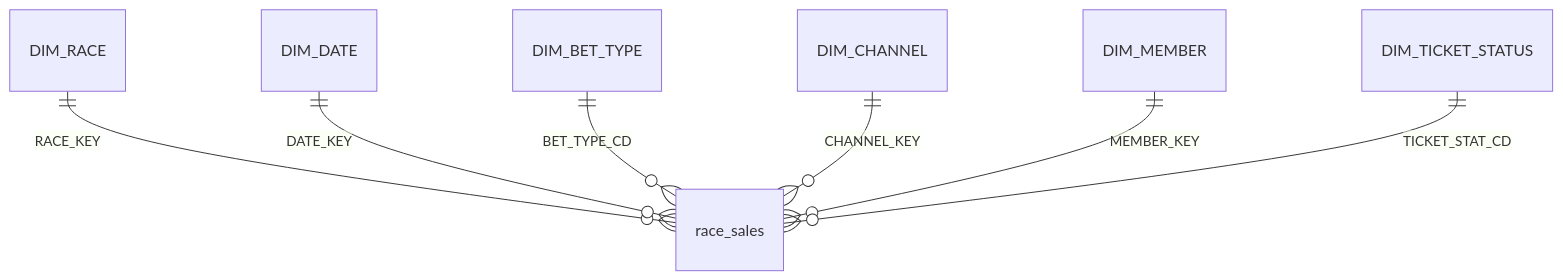
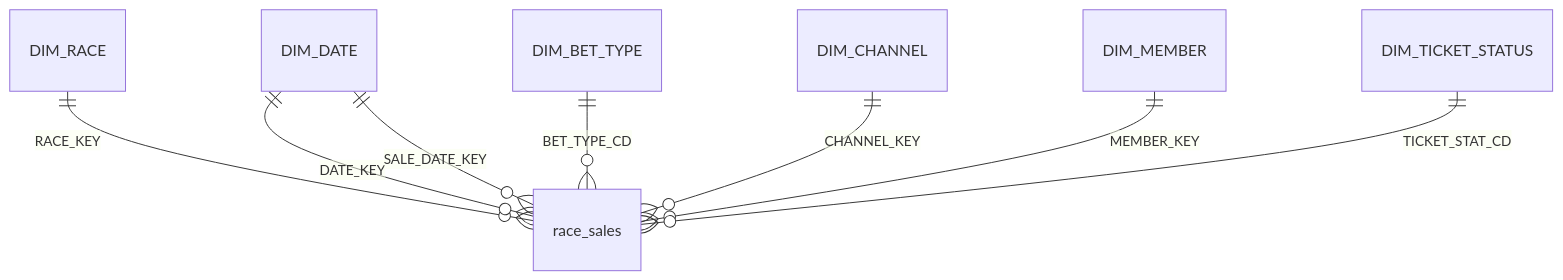
Before and after one commit to encore-ai-campus/mlo-03-p2-team3: the diagram in docs/gold/race_sales.md, drawn with Mermaid. The commit also changed other lines of this file and 8 other files, not shown here.

Commit message:
refactor: connect race_sales fact to shared Gold dimensions

````diff
--- a/docs/gold/race_sales.md
+++ b/docs/gold/race_sales.md
@@ -48,9 +49,10 @@
 ```mermaid
 erDiagram
     DIM_RACE ||--o{ race_sales : RACE_KEY
     DIM_DATE ||--o{ race_sales : DATE_KEY
+    DIM_DATE ||--o{ race_sales : SALE_DATE_KEY
     DIM_BET_TYPE ||--o{ race_sales : BET_TYPE_CD
     DIM_CHANNEL ||--o{ race_sales : CHANNEL_KEY
     DIM_MEMBER ||--o{ race_sales : MEMBER_KEY
     DIM_TICKET_STATUS ||--o{ race_sales : TICKET_STAT_CD
 ```
````
